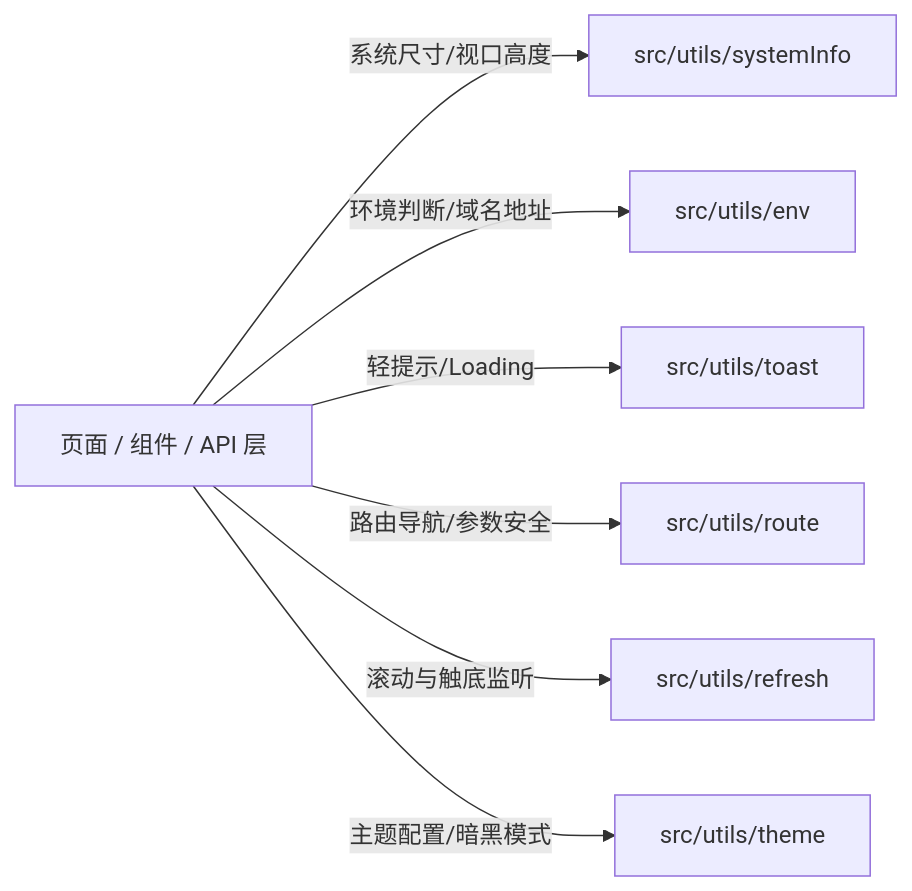
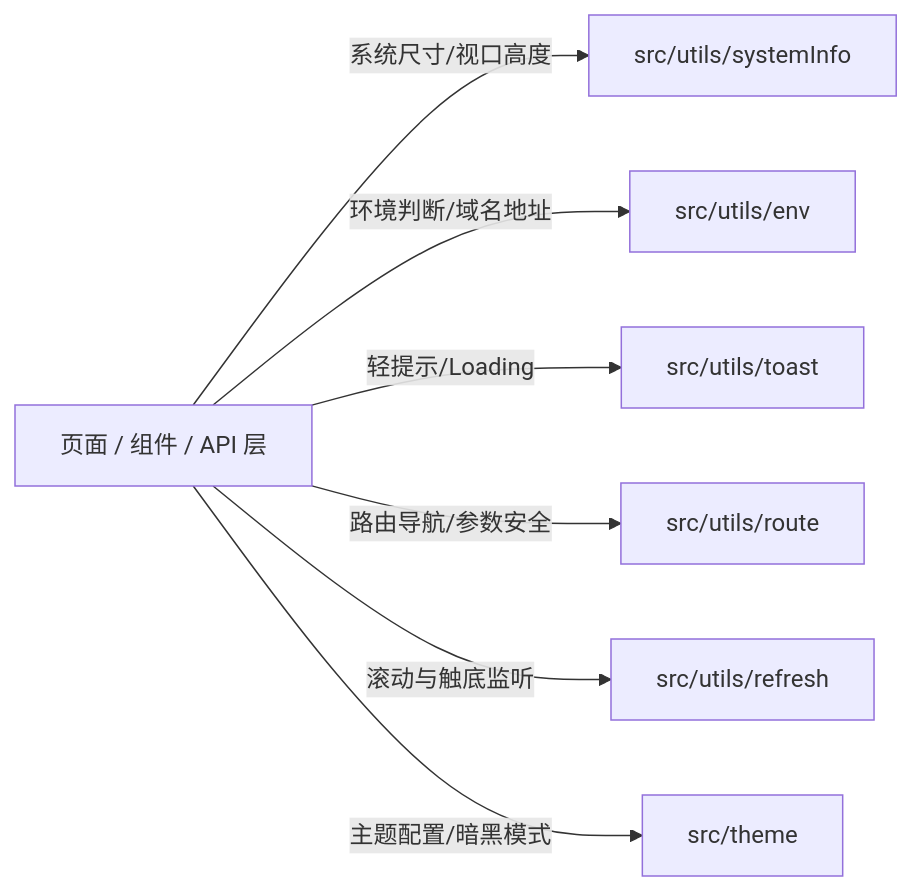
Before and after one commit to cq112233/unibestX: the diagram in .claude/skills/unibestX-skill/references/8-utils-spec.md, drawn with Mermaid. The commit also changed other lines of this file and 13 other files, not shown here.

````diff
--- a/.claude/skills/unibestX-skill/references/8-utils-spec.md
+++ b/.claude/skills/unibestX-skill/references/8-utils-spec.md
@@ -25,9 +25,9 @@
 ```mermaid
 graph LR
     A[页面 / 组件 / API 层] -->|系统尺寸/视口高度| B[src/utils/systemInfo]
     A -->|环境判断/域名地址| C[src/utils/env]
     A -->|轻提示/Loading| D[src/utils/toast]
     A -->|路由导航/参数安全| E[src/utils/route]
     A -->|滚动与触底监听| F[src/utils/refresh]
-    A -->|主题配置/暗黑模式| G[src/utils/theme]
+    A -->|主题配置/暗黑模式| G[src/theme]
 ```
````
